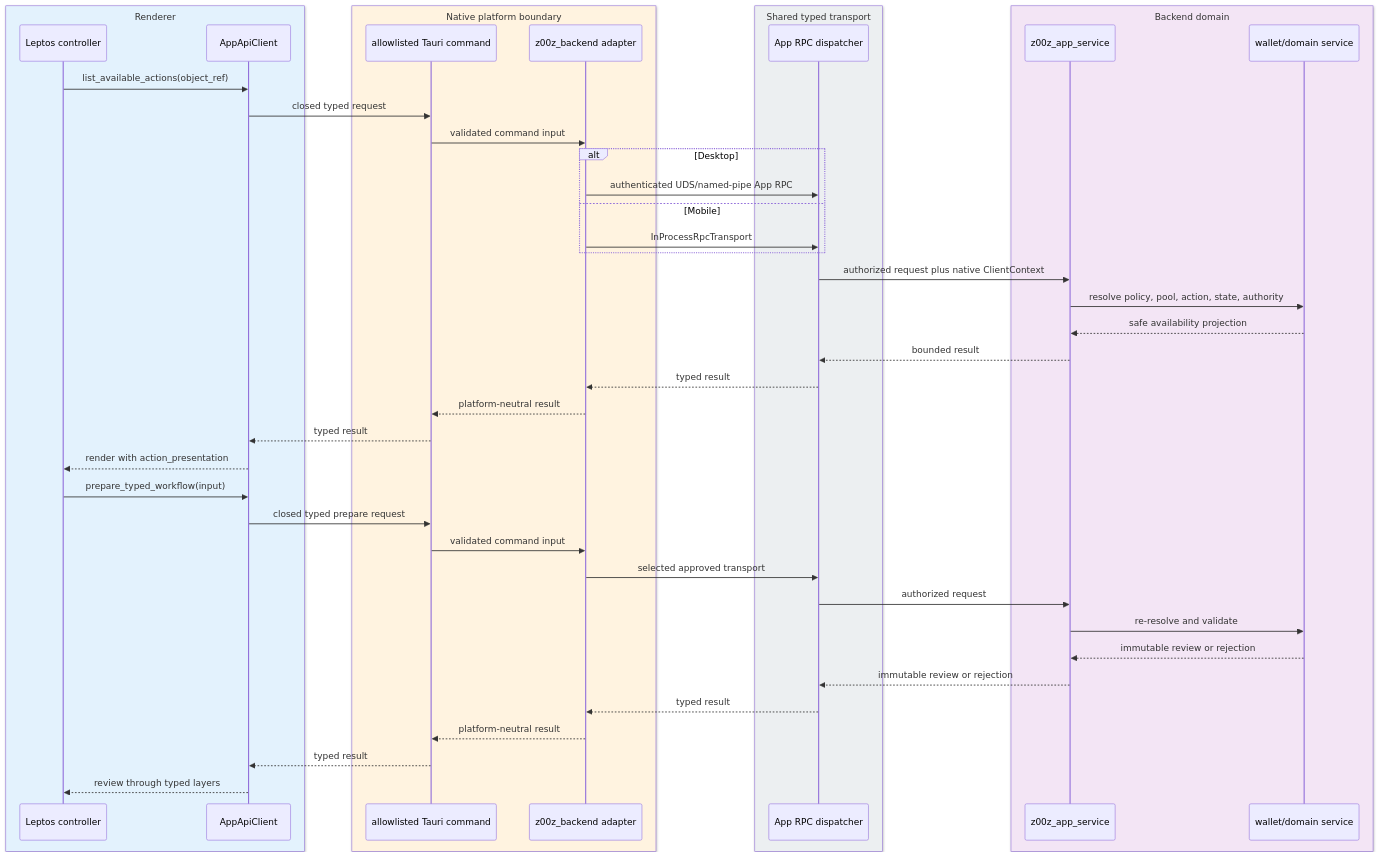
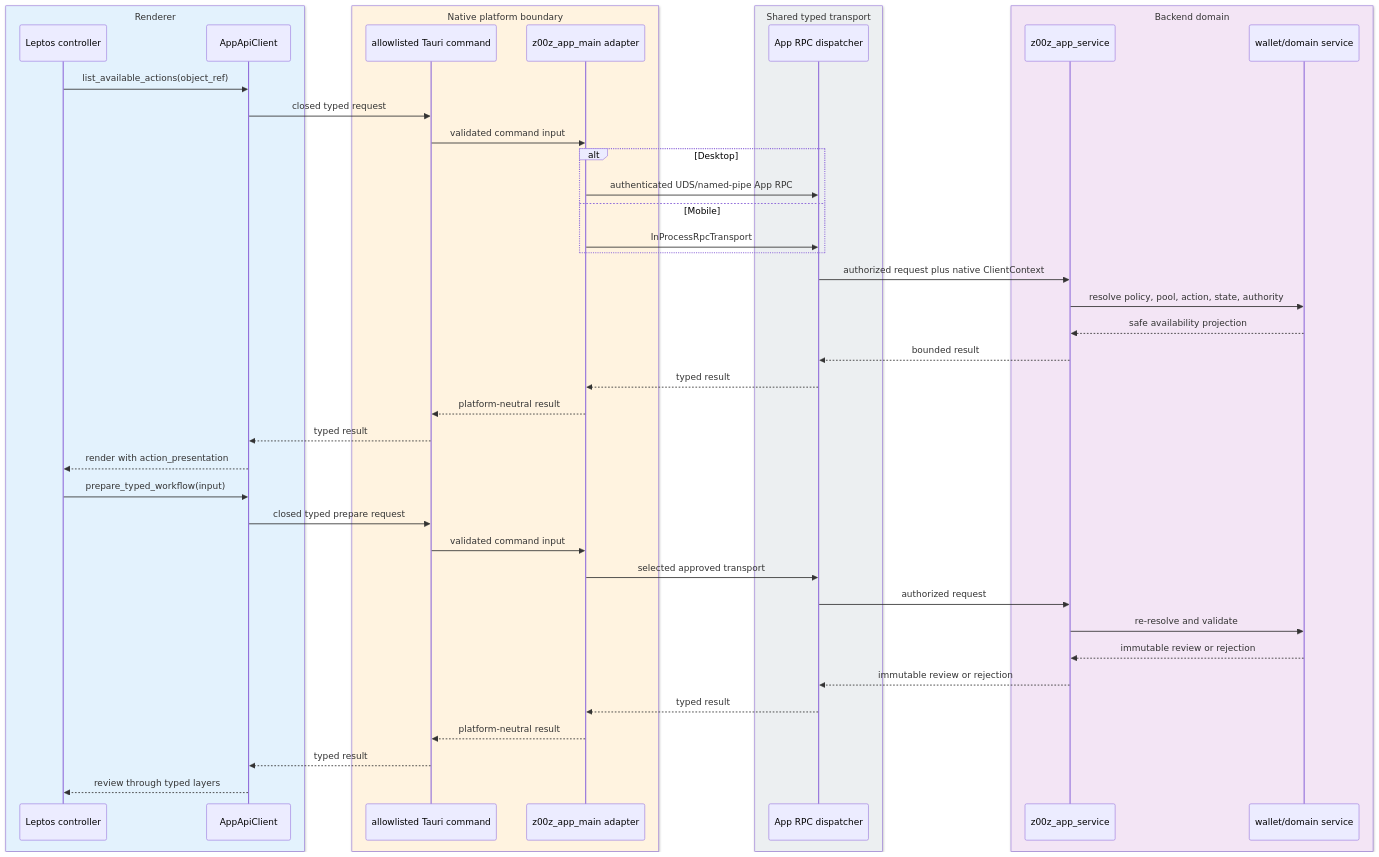
The third of 4 diagrams in docs/tech-papers/Z00Z-Actions-Pool-Spec.md (z00z-labs/z00z), drawn with Mermaid before and after one commit. The commit also changed other lines of this file and 188 other files, not shown here.

````diff
--- a/docs/tech-papers/Z00Z-Actions-Pool-Spec.md
+++ b/docs/tech-papers/Z00Z-Actions-Pool-Spec.md
@@ -490,47 +490,47 @@
 ```mermaid
 sequenceDiagram
   box rgb(227,242,253) Renderer
     participant UI as Leptos controller
     participant API as AppApiClient
   end
   box rgb(255,243,224) Native platform boundary
     participant CMD as allowlisted Tauri command
-    participant PAD as z00z_backend adapter
+    participant PAD as z00z_app_main adapter
   end
   box rgb(236,239,241) Shared typed transport
     participant RPC as App RPC dispatcher
   end
   box rgb(243,229,245) Backend domain
     participant SVC as z00z_app_service
     participant WAL as wallet/domain service
   end
 
   UI->>API: list_available_actions(object_ref)
   API->>CMD: closed typed request
   CMD->>PAD: validated command input
   alt Desktop
     PAD->>RPC: authenticated UDS/named-pipe App RPC
   else Mobile
     PAD->>RPC: InProcessRpcTransport
   end
   RPC->>SVC: authorized request plus native ClientContext
   SVC->>WAL: resolve policy, pool, action, state, authority
   WAL-->>SVC: safe availability projection
   SVC-->>RPC: bounded result
   RPC-->>PAD: typed result
   PAD-->>CMD: platform-neutral result
   CMD-->>API: typed result
   API-->>UI: render with action_presentation
   UI->>API: prepare_typed_workflow(input)
   API->>CMD: closed typed prepare request
   CMD->>PAD: validated command input
   PAD->>RPC: selected approved transport
   RPC->>SVC: authorized request
   SVC->>WAL: re-resolve and validate
   WAL-->>SVC: immutable review or rejection
   SVC-->>RPC: immutable review or rejection
   RPC-->>PAD: typed result
   PAD-->>CMD: platform-neutral result
   CMD-->>API: typed result
   API-->>UI: review through typed layers
 ```
````
